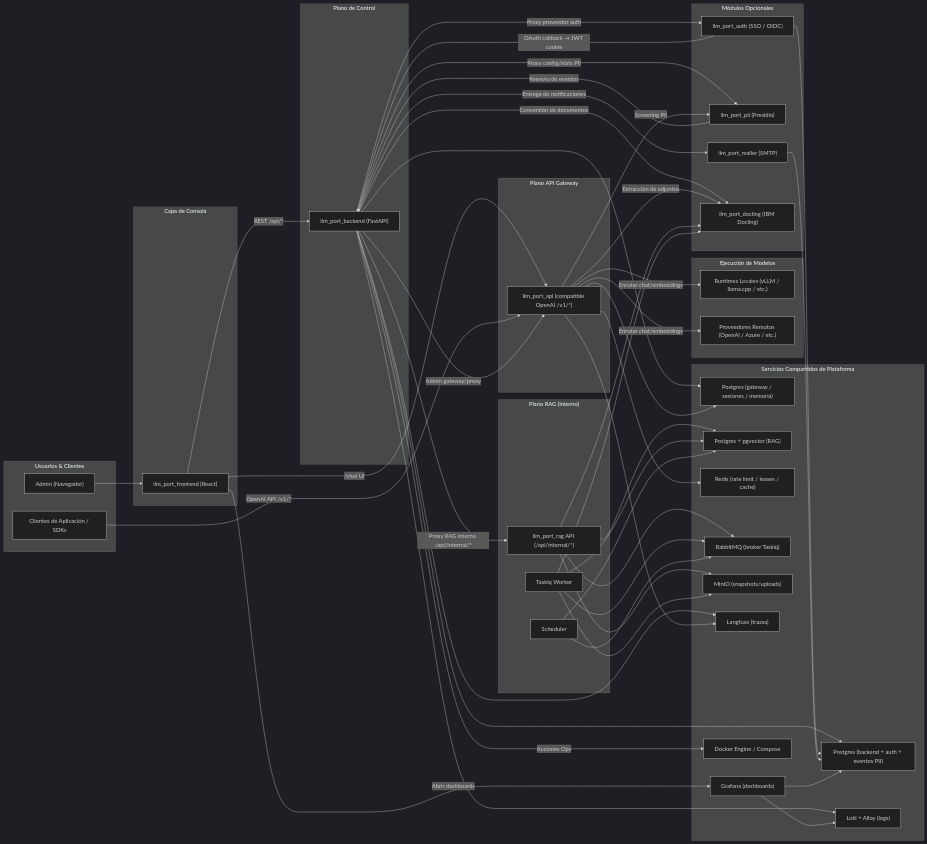
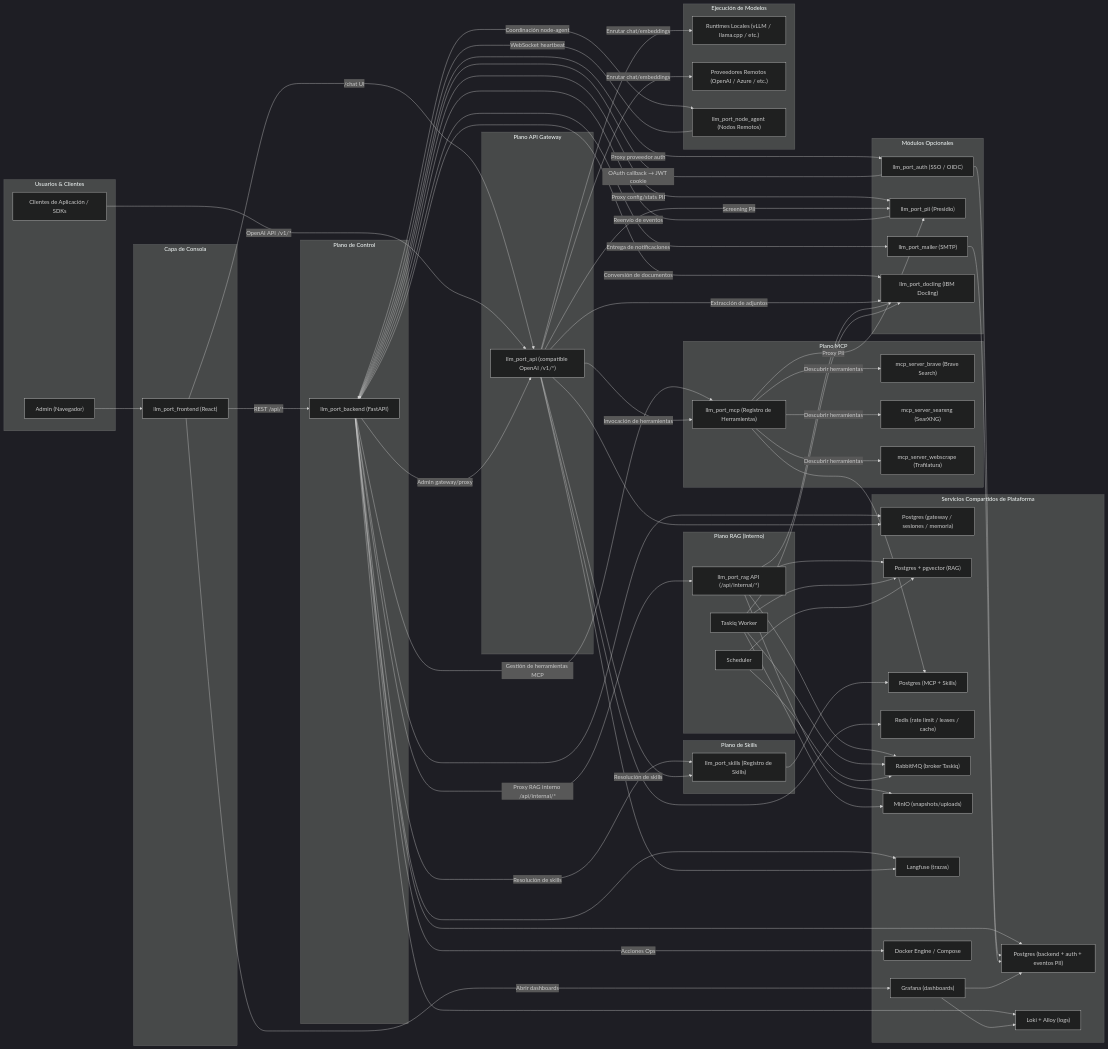
One commit to llm-port/llm-port.github.io changed the diagram in i18n/es/docusaurus-plugin-content-docs/current/architecture.md. Above: the diagram before and after it, drawn with Mermaid (dark theme). The commit also changed other lines of this file and 24 other files, not shown here.

```diff
--- a/i18n/es/docusaurus-plugin-content-docs/current/architecture.md
+++ b/i18n/es/docusaurus-plugin-content-docs/current/architecture.md
@@ -36,6 +36,17 @@
         DOCLING["llm_port_docling (IBM Docling)"]
     end
 
+    subgraph MCP["Plano MCP"]
+        MCPHUB["llm_port_mcp (Registro de Herramientas)"]
+        MCPBRAVE["mcp_server_brave (Brave Search)"]
+        MCPSEARX["mcp_server_searxng (SearXNG)"]
+        MCPWEB["mcp_server_webscrape (Trafilatura)"]
+    end
+
+    subgraph Skills["Plano de Skills"]
+        SKILLSVC["llm_port_skills (Registro de Skills)"]
+    end
+
     subgraph RAG["Plano RAG (Interno)"]
         RAGAPI["llm_port_rag API (/api/internal/*)"]
         RAGW["Taskiq Worker"]
@@ -45,12 +56,14 @@
     subgraph Runtime["Ejecución de Modelos"]
         LOCAL["Runtimes Locales (vLLM / llama.cpp / etc.)"]
         REMOTE["Proveedores Remotos (OpenAI / Azure / etc.)"]
+        NODEAGENT["llm_port_node_agent (Nodos Remotos)"]
     end
 
     subgraph Shared["Servicios Compartidos de Plataforma"]
         PGMAIN["Postgres (backend + auth + eventos PII)"]
         PGAPI["Postgres (gateway / sesiones / memoria)"]
         PGRAG["Postgres + pgvector (RAG)"]
+        PGMCP["Postgres (MCP + Skills)"]
         REDIS["Redis (rate limit / leases / cache)"]
         RMQ["RabbitMQ (broker Taskiq)"]
         MINIO["MinIO (snapshots/uploads)"]
@@ -71,6 +84,9 @@
     BE -->|Proxy config/stats PII| PII
     BE -->|Entrega de notificaciones| MAILER
     BE -->|Conversión de documentos| DOCLING
+    BE -->|Gestión de herramientas MCP| MCPHUB
+    BE -->|Resolución de skills| SKILLSVC
+    BE -->|Coordinación node-agent| NODEAGENT
     BE -->|Acciones Ops| DOCKER
     BE --> PGMAIN
     BE --> PGAPI
@@ -81,9 +97,21 @@
     API -->|Enrutar chat/embeddings| REMOTE
     API -->|Screening PII| PII
     API -->|Extracción de adjuntos| DOCLING
+    API -->|Invocación de herramientas| MCPHUB
+    API -->|Resolución de skills| SKILLSVC
     API --> PGAPI
     API --> REDIS
     API --> LANGFUSE
+
+    MCPHUB -->|Descubrir herramientas| MCPBRAVE
+    MCPHUB -->|Descubrir herramientas| MCPSEARX
+    MCPHUB -->|Descubrir herramientas| MCPWEB
+    MCPHUB -->|Proxy PII| PII
+    MCPHUB --> PGMCP
+
+    SKILLSVC --> PGMCP
+
+    NODEAGENT -->|WebSocket heartbeat| BE
 
     AUTH -->|OAuth callback → JWT cookie| BE
     AUTH --> PGMAIN
```
